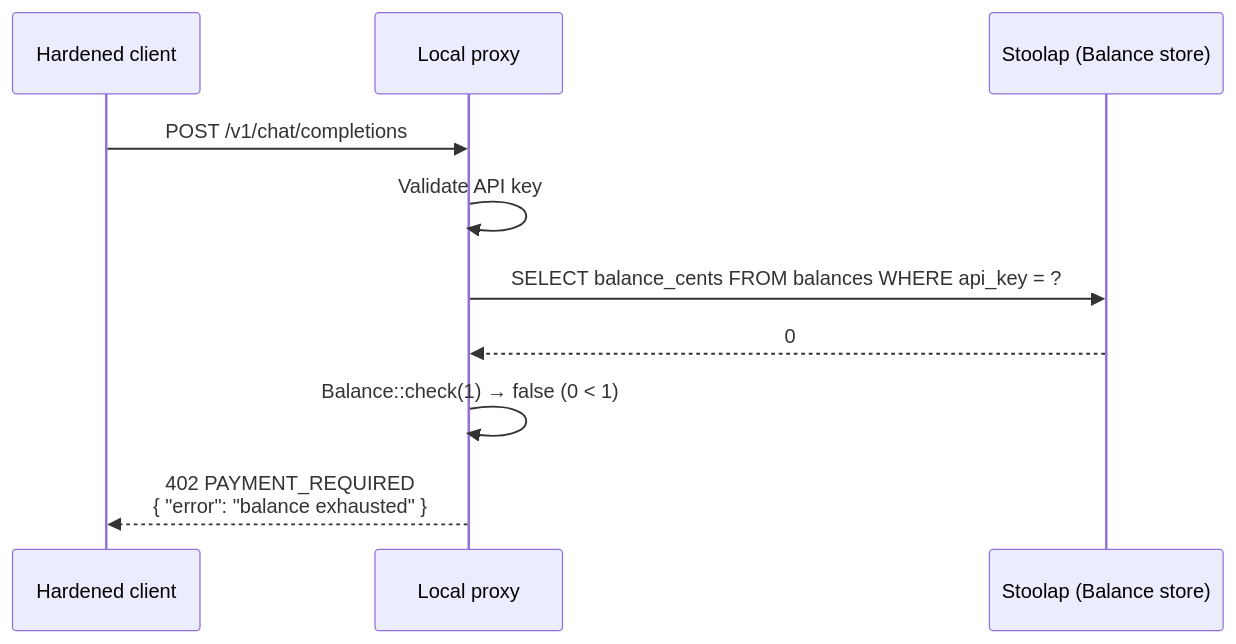
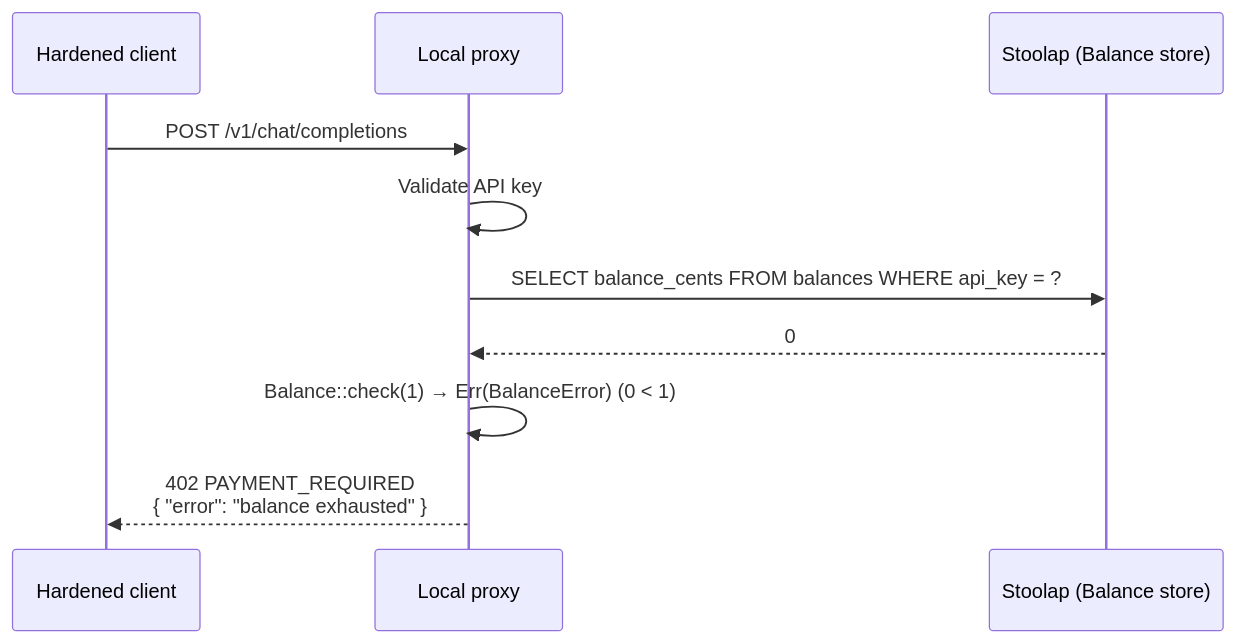
Before and after one commit to CipherOcto/cipherocto: the fourth of 14 diagrams in docs/architecture/end-to-end-scenarios.md, drawn with Mermaid. The commit also changed other lines of this file, not shown here.

````diff
--- a/docs/architecture/end-to-end-scenarios.md
+++ b/docs/architecture/end-to-end-scenarios.md
@@ -204,13 +204,13 @@
 ```mermaid
 sequenceDiagram
     participant C as Hardened client
     participant P as Local proxy
     participant DB as Stoolap (Balance store)
 
     C->>P: POST /v1/chat/completions
     P->>P: Validate API key
     P->>DB: SELECT balance_cents FROM balances WHERE api_key = ?
     DB-->>P: 0
-    P->>P: Balance::check(1) → false (0 < 1)
+    P->>P: Balance::check(1) → Err(BalanceError) (0 < 1)
     P-->>C: 402 PAYMENT_REQUIRED<br/>{ "error": "balance exhausted" }
 ```
````
